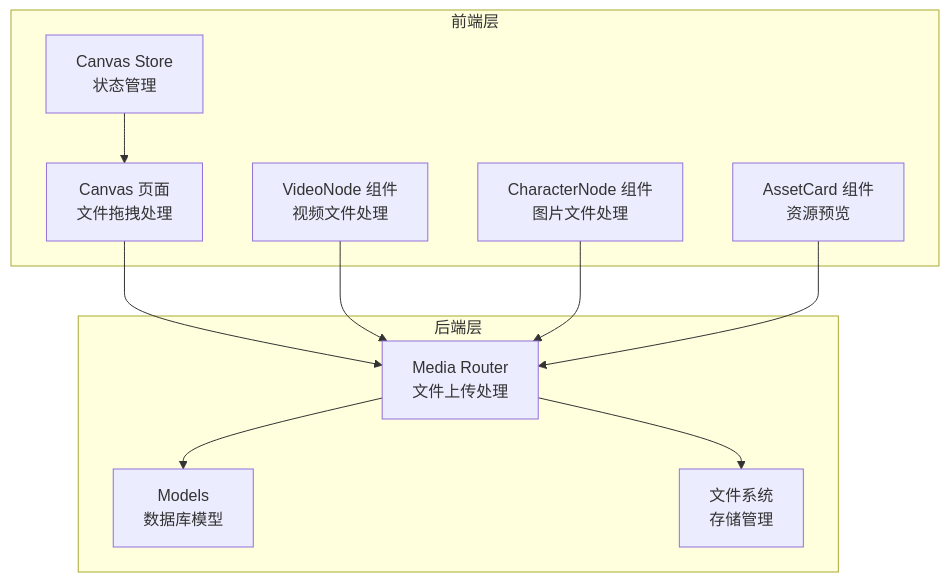
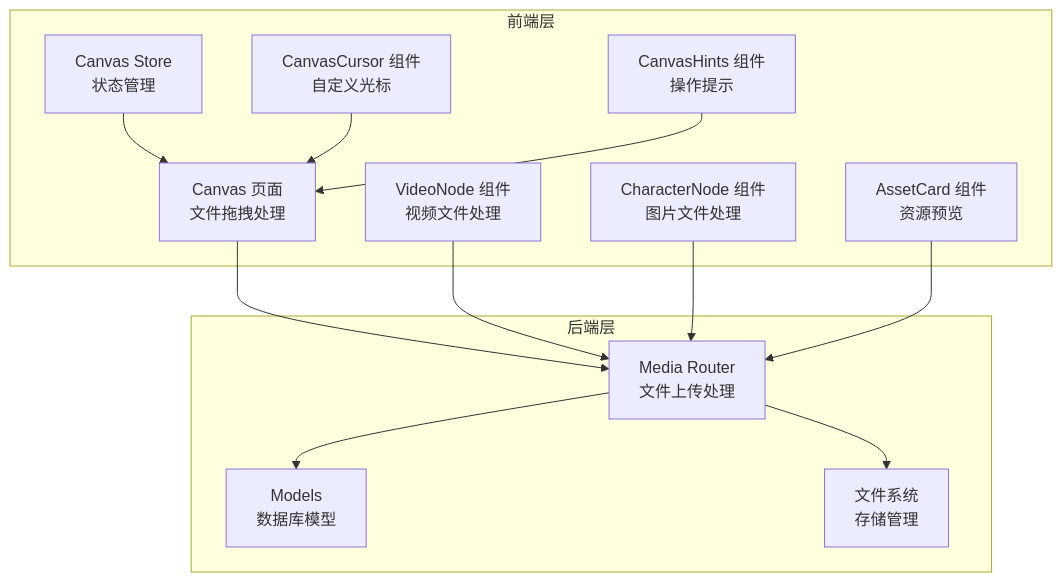
One commit to KunLabAI/KunFlix changed the first of 9 diagrams in .qoder/repowiki/zh/content/Canvas File Type Detection.md. Above: the diagram before and after it, drawn with Mermaid. The commit also changed other lines of this file and 32 other files, not shown here.

````diff
--- a/.qoder/repowiki/zh/content/Canvas File Type Detection.md
+++ b/.qoder/repowiki/zh/content/Canvas File Type Detection.md
@@ -35,22 +45,26 @@
 ```mermaid
 graph TB
 subgraph "前端层"
 A[Canvas 页面<br/>文件拖拽处理]
 B[VideoNode 组件<br/>视频文件处理]
 C[CharacterNode 组件<br/>图片文件处理]
 D[AssetCard 组件<br/>资源预览]
 E[Canvas Store<br/>状态管理]
+F[CanvasCursor 组件<br/>自定义光标]
+G[CanvasHints 组件<br/>操作提示]
 end
 subgraph "后端层"
-F[Media Router<br/>文件上传处理]
-G[Models<br/>数据库模型]
-H[文件系统<br/>存储管理]
+H[Media Router<br/>文件上传处理]
+I[Models<br/>数据库模型]
+J[文件系统<br/>存储管理]
 end
-A --> F
-B --> F
-C --> F
-D --> F
+A --> H
+B --> H
+C --> H
+D --> H
 E --> A
-F --> G
-F --> H
+F --> A
+G --> A
+H --> I
+H --> J
 ```
````
